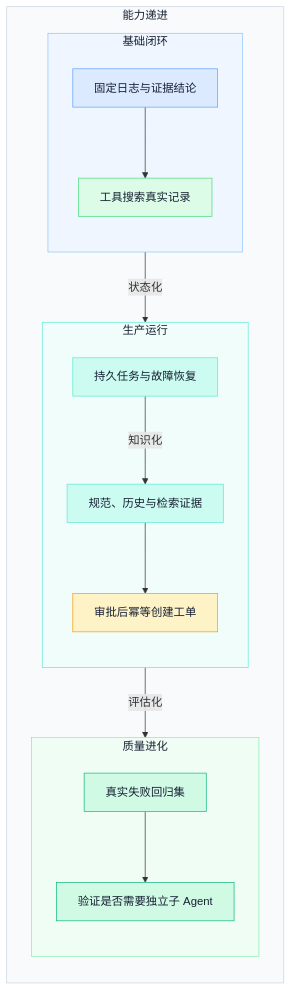
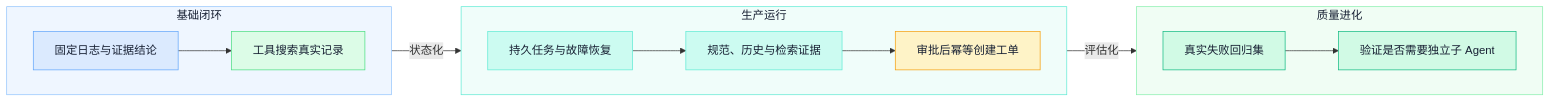
One commit to ink-hz/AI-Agent-Platform changed the second of 2 diagrams in backend/app/ai_notes/content/01-foundations/01-agent-engineering-learning-map.md. Above: the diagram before and after it, drawn with Mermaid. The commit also changed other lines of this file and 2 other files, not shown here.

Commit message:
content: refine foundational Agent diagrams

````diff
--- a/backend/app/ai_notes/content/01-foundations/01-agent-engineering-learning-map.md
+++ b/backend/app/ai_notes/content/01-foundations/01-agent-engineering-learning-map.md
@@ -282,36 +285,34 @@
 ```mermaid
-flowchart TB
-    subgraph ROADMAP["能力递进"]
-        direction TB
-        subgraph FOUNDATION["基础闭环"]
-            direction TB
-            A[固定日志与证据结论] --> B[工具搜索真实记录]
-        end
-        subgraph RUNTIME["生产运行"]
-            direction TB
-            C[持久任务与故障恢复] -->|知识化| D[规范、历史与检索证据]
-            D --> E[审批后幂等创建工单]
-        end
-        subgraph QUALITY["质量进化"]
-            direction TB
-            F[真实失败回归集] --> G[验证是否需要独立子 Agent]
-        end
-        B -->|状态化| C
-        E -->|评估化| F
+flowchart LR
+    accTitle: Agent 工程能力递进路线
+    accDescr: 从固定证据和真实工具开始，逐步增加持久运行、知识检索、审批执行、失败评估和子 Agent 验证。
+
+    subgraph FOUNDATION["基础闭环"]
+        direction LR
+        A[固定日志与证据结论] --> B[工具搜索真实记录]
     end
+    subgraph RUNTIME["生产运行"]
+        direction LR
+        C[持久任务与故障恢复] --> D[规范、历史与检索证据] --> E[审批后幂等创建工单]
+    end
+    subgraph QUALITY["质量进化"]
+        direction LR
+        F[真实失败回归集] --> G[验证是否需要独立子 Agent]
+    end
+    B -->|状态化| C
+    E -->|评估化| F
 
     classDef input fill:#DBEAFE,stroke:#60A5FA,color:#172033;
     classDef data fill:#CCFBF1,stroke:#5EEAD4,color:#172033;
     classDef policy fill:#FEF3C7,stroke:#F59E0B,color:#172033;
     classDef tool fill:#DCFCE7,stroke:#4ADE80,color:#172033;
     classDef success fill:#D1FAE5,stroke:#10B981,color:#172033;
     class A input;
     class B tool;
     class C,D data;
     class E policy;
     class F,G success;
-    style ROADMAP fill:#F8FAFC,stroke:#CBD5E1,color:#172033;
     style FOUNDATION fill:#EFF6FF,stroke:#93C5FD,color:#172033;
     style RUNTIME fill:#F0FDFA,stroke:#5EEAD4,color:#172033;
     style QUALITY fill:#F0FDF4,stroke:#86EFAC,color:#172033;
 ```
````
